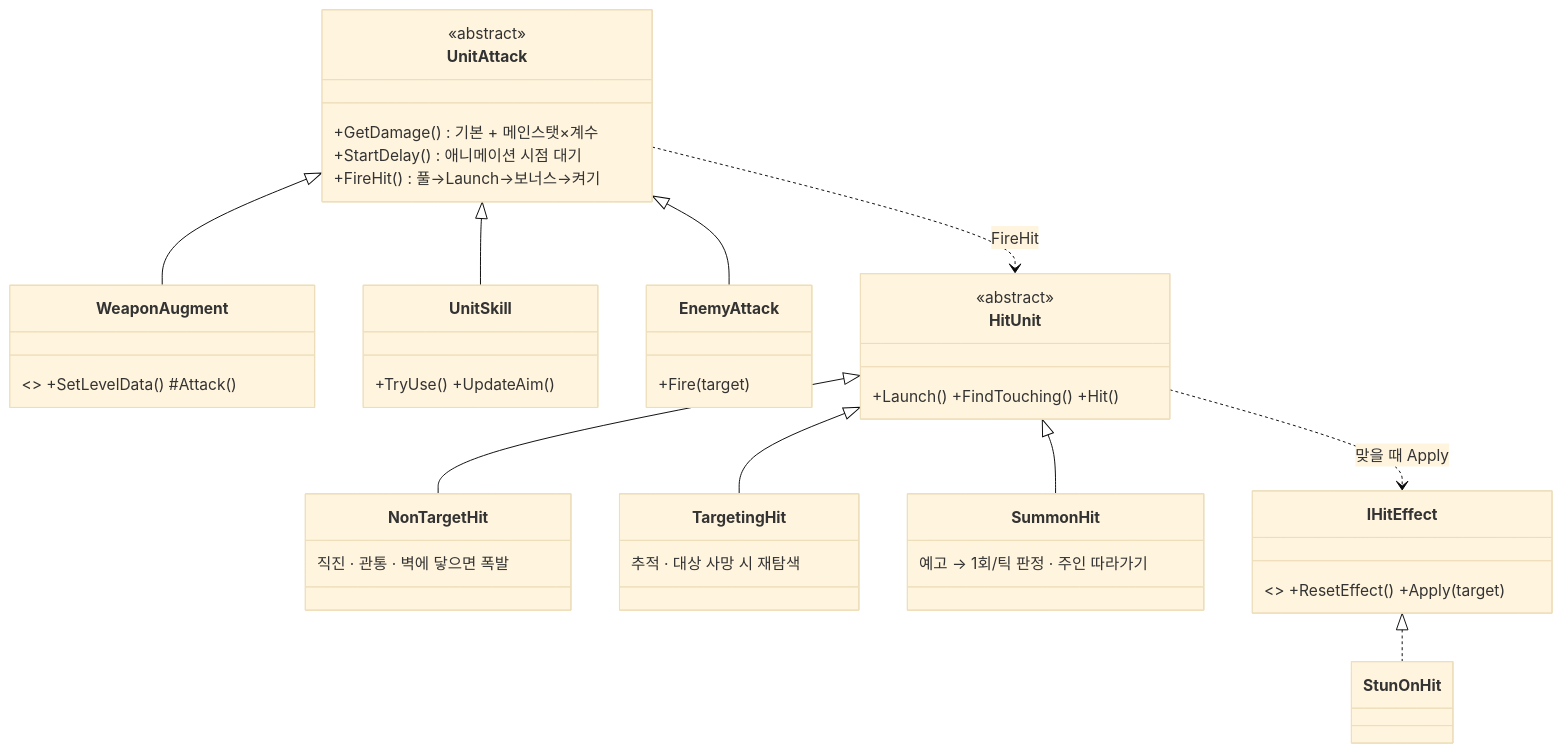
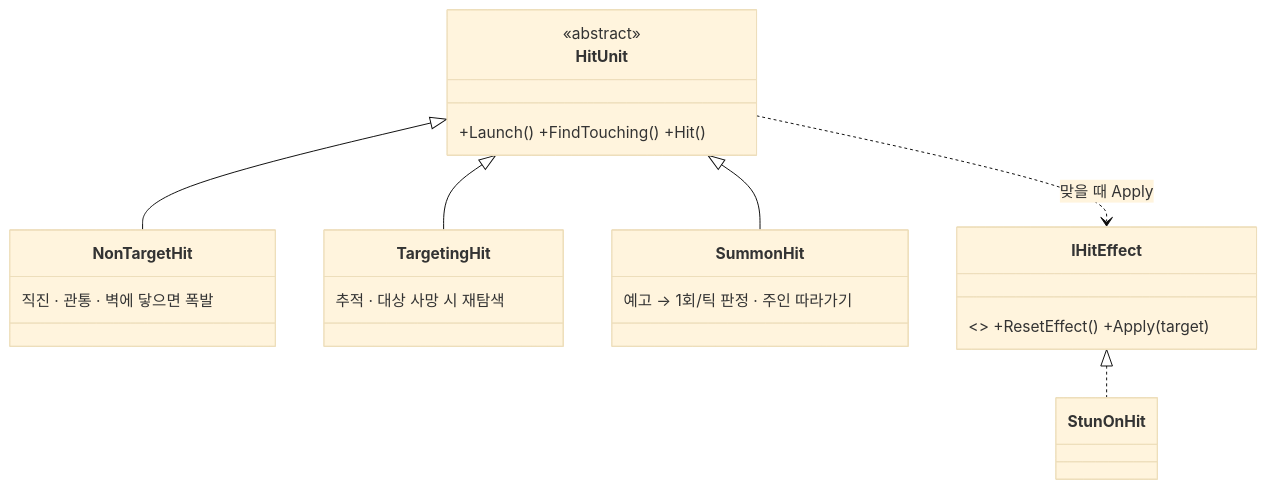
Before and after one commit to NaJungWon/portfolio: the fifth of 7 diagrams in src/06-project3d/기술문서.md, drawn with Mermaid (base theme). The commit also changed other lines of this file and 10 other files, not shown here.

````diff
--- a/src/06-project3d/기술문서.md
+++ b/src/06-project3d/기술문서.md
@@ -397,32 +419,18 @@
 ```mermaid
 classDiagram
-    class UnitAttack {
-        <<abstract>>
-        +GetDamage() 기본 + 메인스탯×계수
-        +StartDelay() 애니메이션 시점 대기
-        +FireHit() 풀→Launch→보너스→켜기
-    }
-    class WeaponAugment { <<abstract>> +SetLevelData() #Attack() }
-    class UnitSkill { +TryUse() +UpdateAim() }
-    class EnemyAttack { +Fire(target) }
-    UnitAttack <|-- WeaponAugment
-    UnitAttack <|-- UnitSkill
-    UnitAttack <|-- EnemyAttack
-
     class HitUnit {
         <<abstract>>
         +Launch() +FindTouching() +Hit()
     }
     class NonTargetHit { 직진 · 관통 · 벽에 닿으면 폭발 }
     class TargetingHit { 추적 · 대상 사망 시 재탐색 }
     class SummonHit { 예고 → 1회/틱 판정 · 주인 따라가기 }
     HitUnit <|-- NonTargetHit
     HitUnit <|-- TargetingHit
     HitUnit <|-- SummonHit
 
     class IHitEffect { <<interface>> +ResetEffect() +Apply(target) }
     class StunOnHit
     IHitEffect <|.. StunOnHit
-    UnitAttack ..> HitUnit : FireHit
     HitUnit ..> IHitEffect : 맞을 때 Apply
 ```
````
